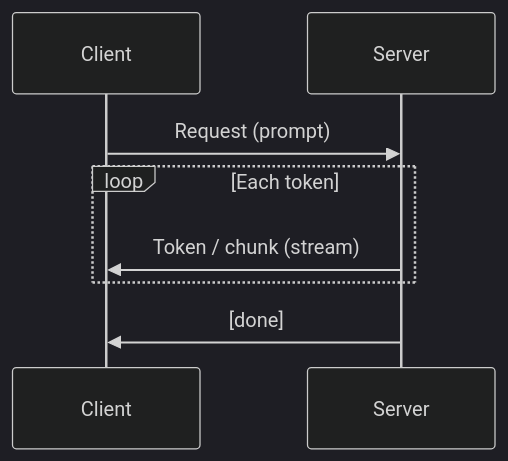
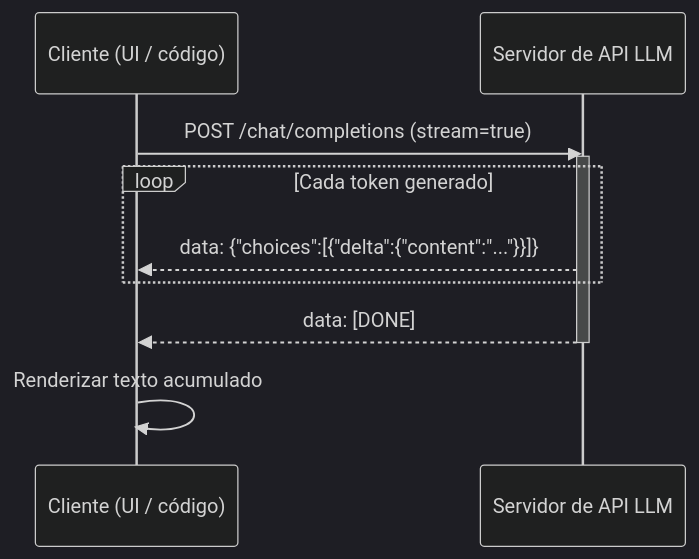
The diagram in i18n/es/docusaurus-plugin-content-docs/current/llms/streaming.md (EmersonBraun/ai-summary-hub), drawn with Mermaid (dark theme) before and after one commit. The commit also changed other lines of this file and 242 other files, not shown here.

````diff
--- a/i18n/es/docusaurus-plugin-content-docs/current/llms/streaming.md
+++ b/i18n/es/docusaurus-plugin-content-docs/current/llms/streaming.md
@@ -17,10 +21,13 @@
 ```mermaid
 sequenceDiagram
-  participant Client
-  participant Server
-  Client->>Server: Request (prompt)
-  loop Each token
-    Server->>Client: Token / chunk (stream)
+  participant Client as Cliente (UI / código)
+  participant Server as Servidor de API LLM
+  Client->>Server: POST /chat/completions (stream=true)
+  activate Server
+  loop Cada token generado
+    Server-->>Client: data: {"choices":[{"delta":{"content":"..."}}]}
   end
-  Server->>Client: [done]
+  Server-->>Client: data: [DONE]
+  deactivate Server
+  Client->>Client: Renderizar texto acumulado
 ```
````
